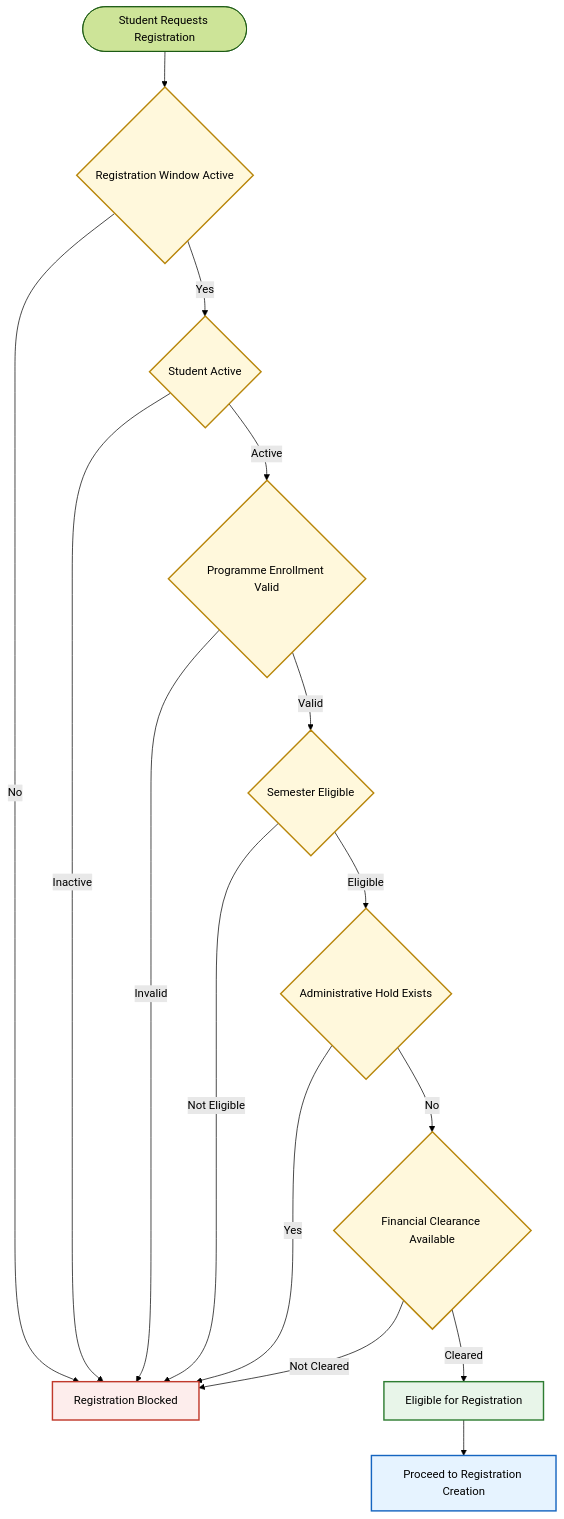
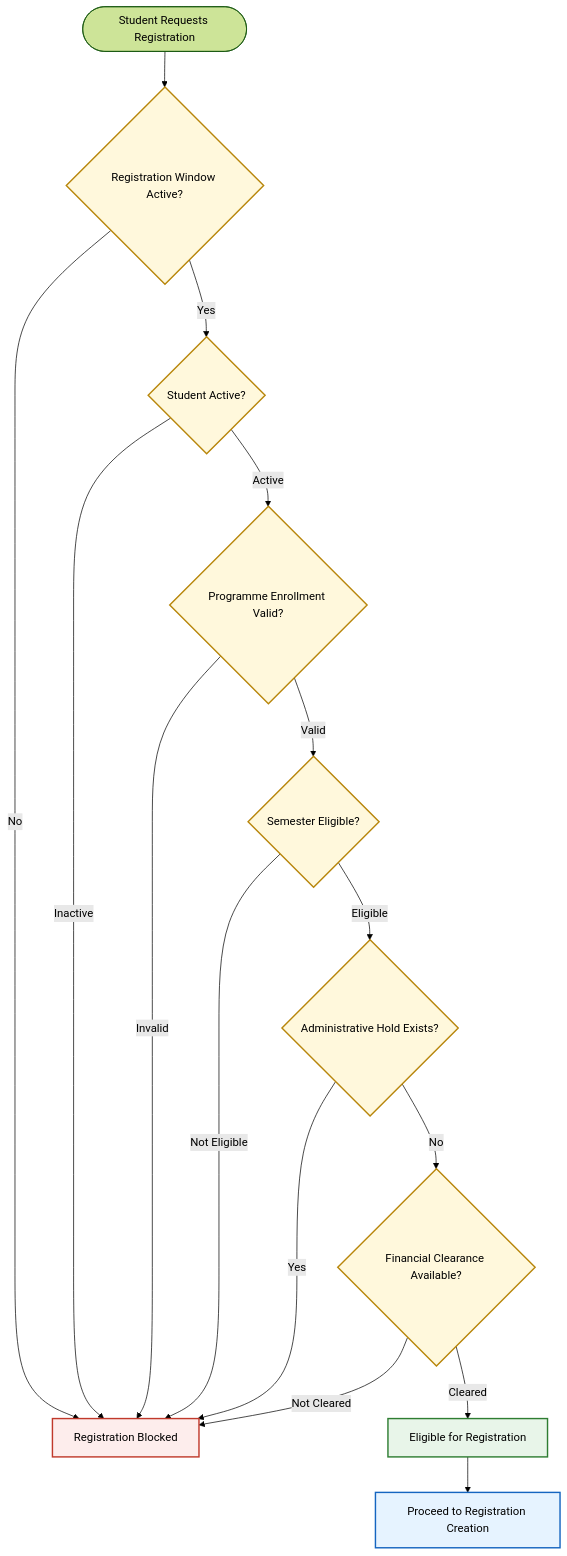
One commit to Varad1604/ERP_hark changed the sixth of 28 diagrams in architecture/L2_Domain_Workflow_Architecture/section-c/L2-C03_Student_Academic_Registration_Workflows.md. Above: the diagram before and after it, drawn with Mermaid (forest theme). The commit also changed other lines of this file and 39 other files, not shown here.

````diff
--- a/architecture/L2_Domain_Workflow_Architecture/section-c/L2-C03_Student_Academic_Registration_Workflows.md
+++ b/architecture/L2_Domain_Workflow_Architecture/section-c/L2-C03_Student_Academic_Registration_Workflows.md
@@ -5562,57 +5563,57 @@
 ```mermaid
 flowchart TD
 
     START([Student Requests Registration])
 
-    WINDOW{"Registration Window Active"}
+    WINDOW{"Registration Window Active?"}
 
-    STATUS{"Student Active"}
+    STATUS{"Student Active?"}
 
-    PROGRAMME{"Programme Enrollment Valid"}
+    PROGRAMME{"Programme Enrollment Valid?"}
 
-    SEMESTER{"Semester Eligible"}
+    SEMESTER{"Semester Eligible?"}
 
-    HOLD{"Administrative Hold Exists"}
+    HOLD{"Administrative Hold Exists?"}
 
-    FINANCE{"Financial Clearance Available"}
+    FINANCE{"Financial Clearance Available?"}
 
     ELIGIBLE["Eligible for Registration"]
 
     CREATE["Proceed to Registration Creation"]
 
     REJECT["Registration Blocked"]
 
     START --> WINDOW
 
     WINDOW -->|No| REJECT
     WINDOW -->|Yes| STATUS
 
     STATUS -->|Inactive| REJECT
     STATUS -->|Active| PROGRAMME
 
     PROGRAMME -->|Invalid| REJECT
     PROGRAMME -->|Valid| SEMESTER
 
     SEMESTER -->|Not Eligible| REJECT
     SEMESTER -->|Eligible| HOLD
 
     HOLD -->|Yes| REJECT
     HOLD -->|No| FINANCE
 
     FINANCE -->|Not Cleared| REJECT
     FINANCE -->|Cleared| ELIGIBLE
 
     ELIGIBLE --> CREATE
 
     %% Styling
     style WINDOW fill:#FFF8DC,stroke:#B8860B,stroke-width:2px
     style STATUS fill:#FFF8DC,stroke:#B8860B,stroke-width:2px
     style PROGRAMME fill:#FFF8DC,stroke:#B8860B,stroke-width:2px
     style SEMESTER fill:#FFF8DC,stroke:#B8860B,stroke-width:2px
     style HOLD fill:#FFF8DC,stroke:#B8860B,stroke-width:2px
     style FINANCE fill:#FFF8DC,stroke:#B8860B,stroke-width:2px
 
     style ELIGIBLE fill:#E8F5E9,stroke:#2E7D32,stroke-width:2px
     style CREATE fill:#E6F3FF,stroke:#1565C0,stroke-width:2px
     style REJECT fill:#FDEDEC,stroke:#C0392B,stroke-width:2px
 ```
````
